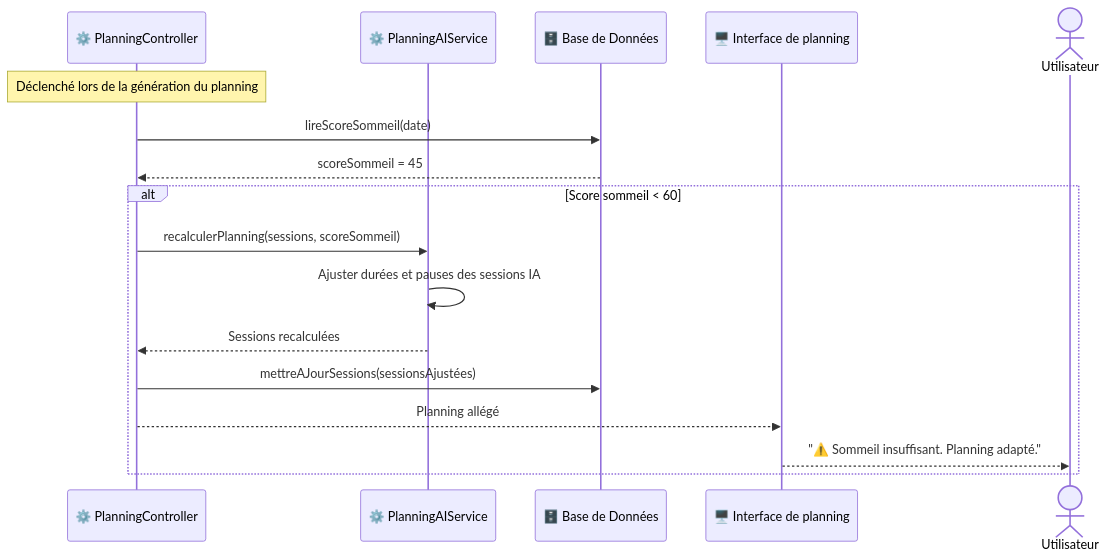
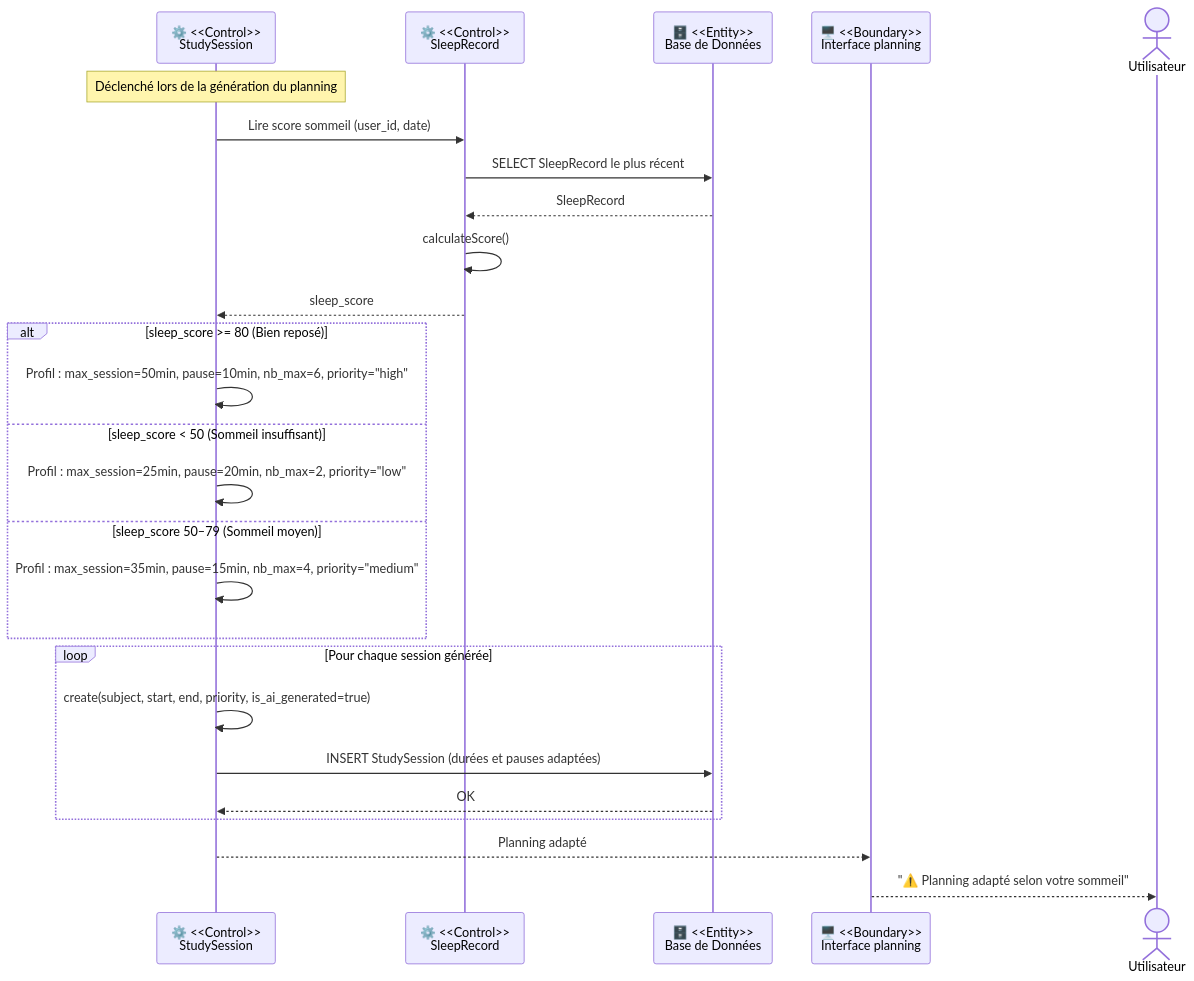
One commit to Jkacem/smart_focus changed diagram 17 of 20 in docs/Conception_DiagrammeSequence.md. Above: the diagram before and after it, drawn with Mermaid. The commit also changed other lines of this file and 31 other files, not shown here.

````diff
--- a/docs/Conception_DiagrammeSequence.md
+++ b/docs/Conception_DiagrammeSequence.md
@@ -422,22 +575,33 @@
 ```mermaid
 sequenceDiagram
-    participant C as ⚙️ PlanningController
-    participant AI as ⚙️ PlanningAIService
-    participant E as 🗄️ Base de Données
-    participant B as 🖥️ Interface de planning
+    participant SS as ⚙️ <<Control>><br/>StudySession
+    participant SR as ⚙️ <<Control>><br/>SleepRecord
+    participant E  as 🗄️ <<Entity>><br/>Base de Données
+    participant B  as 🖥️ <<Boundary>><br/>Interface planning
     actor Utilisateur
 
-    Note over C: Déclenché lors de la génération du planning
+    Note over SS: Déclenché lors de la génération du planning
 
-    C->>E: lireScoreSommeil(date)
-    E-->>C: scoreSommeil = 45
+    SS->>SR: Lire score sommeil (user_id, date)
+    SR->>E: SELECT SleepRecord le plus récent
+    E-->>SR: SleepRecord
+    SR->>SR: calculateScore()
+    SR-->>SS: sleep_score
 
-    alt Score sommeil < 60
-        C->>AI: recalculerPlanning(sessions, scoreSommeil)
-        AI->>AI: Ajuster durées et pauses des sessions IA
-        AI-->>C: Sessions recalculées
-        C->>E: mettreAJourSessions(sessionsAjustées)
-        C-->>B: Planning allégé
-        B-->>Utilisateur: "⚠️ Sommeil insuffisant. Planning adapté."
+    alt sleep_score >= 80 (Bien reposé)
+        SS->>SS: Profil : max_session=50min, pause=10min, nb_max=6, priority="high"
+    else sleep_score < 50 (Sommeil insuffisant)
+        SS->>SS: Profil : max_session=25min, pause=20min, nb_max=2, priority="low"
+    else sleep_score 50–79 (Sommeil moyen)
+        SS->>SS: Profil : max_session=35min, pause=15min, nb_max=4, priority="medium"
     end
+
+    loop Pour chaque session générée
+        SS->>SS: create(subject, start, end, priority, is_ai_generated=true)
+        SS->>E: INSERT StudySession (durées et pauses adaptées)
+        E-->>SS: OK
+    end
+
+    SS-->>B: Planning adapté
+    B-->>Utilisateur: "⚠️ Planning adapté selon votre sommeil"
 ```
````
